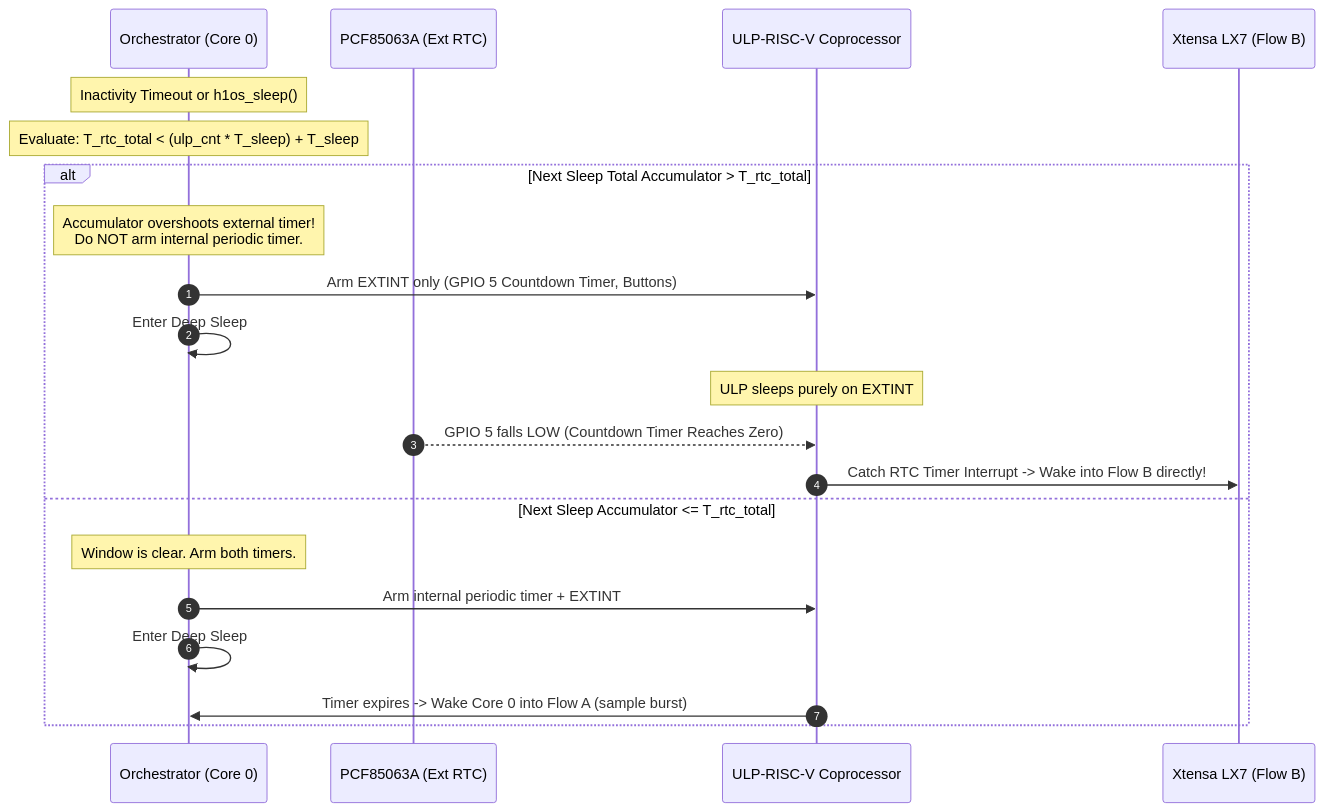
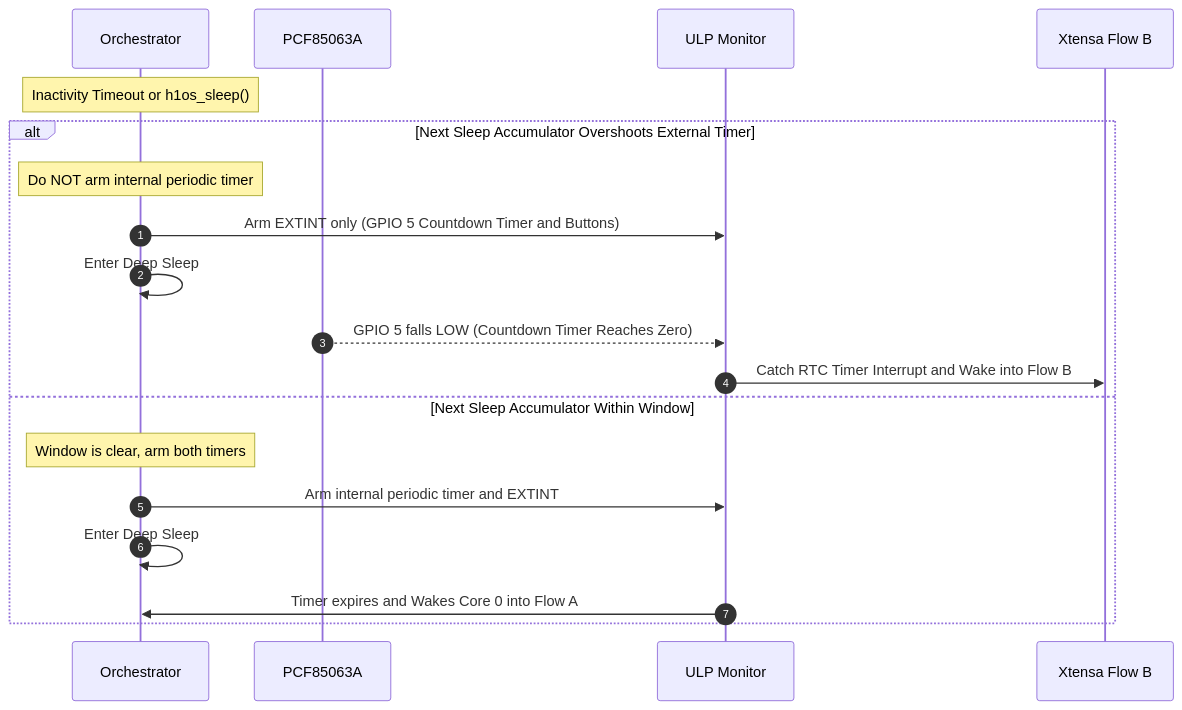
The second of 2 diagrams in docs/architecture/07_state_machine.md (Humidyne-Labs/H1OS), drawn with Mermaid before and after one commit. The commit also changed other lines of this file and 12 other files, not shown here.

Commit message:
docs: convert all Mermaid diagrams to canonical GitHub graph TD/LR syntax

````diff
--- a/docs/architecture/07_state_machine.md
+++ b/docs/architecture/07_state_machine.md
@@ -93,24 +81,22 @@
 ```mermaid
 sequenceDiagram
     autonumber
-    participant App as Orchestrator (Core 0)
-    participant RTC as PCF85063A (Ext RTC)
-    participant ULP as ULP-RISC-V Coprocessor
-    participant Xtensa as Xtensa LX7 (Flow B)
+    participant App as Orchestrator
+    participant RTC as PCF85063A
+    participant ULP as ULP Monitor
+    participant Xtensa as Xtensa Flow B
 
     Note over App: Inactivity Timeout or h1os_sleep()
-    Note over App: Evaluate: T_rtc_total < (ulp_cnt * T_sleep) + T_sleep
-    alt Next Sleep Total Accumulator > T_rtc_total
-        Note over App: Accumulator overshoots external timer!<br/>Do NOT arm internal periodic timer.
-        App->>ULP: Arm EXTINT only (GPIO 5 Countdown Timer, Buttons)
+    alt Next Sleep Accumulator Overshoots External Timer
+        Note over App: Do NOT arm internal periodic timer
+        App->>ULP: Arm EXTINT only (GPIO 5 Countdown Timer and Buttons)
         App->>App: Enter Deep Sleep
-        Note over ULP: ULP sleeps purely on EXTINT
         RTC-->>ULP: GPIO 5 falls LOW (Countdown Timer Reaches Zero)
-        ULP->>Xtensa: Catch RTC Timer Interrupt -> Wake into Flow B directly!
-    else Next Sleep Accumulator <= T_rtc_total
-        Note over App: Window is clear. Arm both timers.
-        App->>ULP: Arm internal periodic timer + EXTINT
+        ULP->>Xtensa: Catch RTC Timer Interrupt and Wake into Flow B
+    else Next Sleep Accumulator Within Window
+        Note over App: Window is clear, arm both timers
+        App->>ULP: Arm internal periodic timer and EXTINT
         App->>App: Enter Deep Sleep
-        ULP->>App: Timer expires -> Wake Core 0 into Flow A (sample burst)
+        ULP->>App: Timer expires and Wakes Core 0 into Flow A
     end
 ```
````
